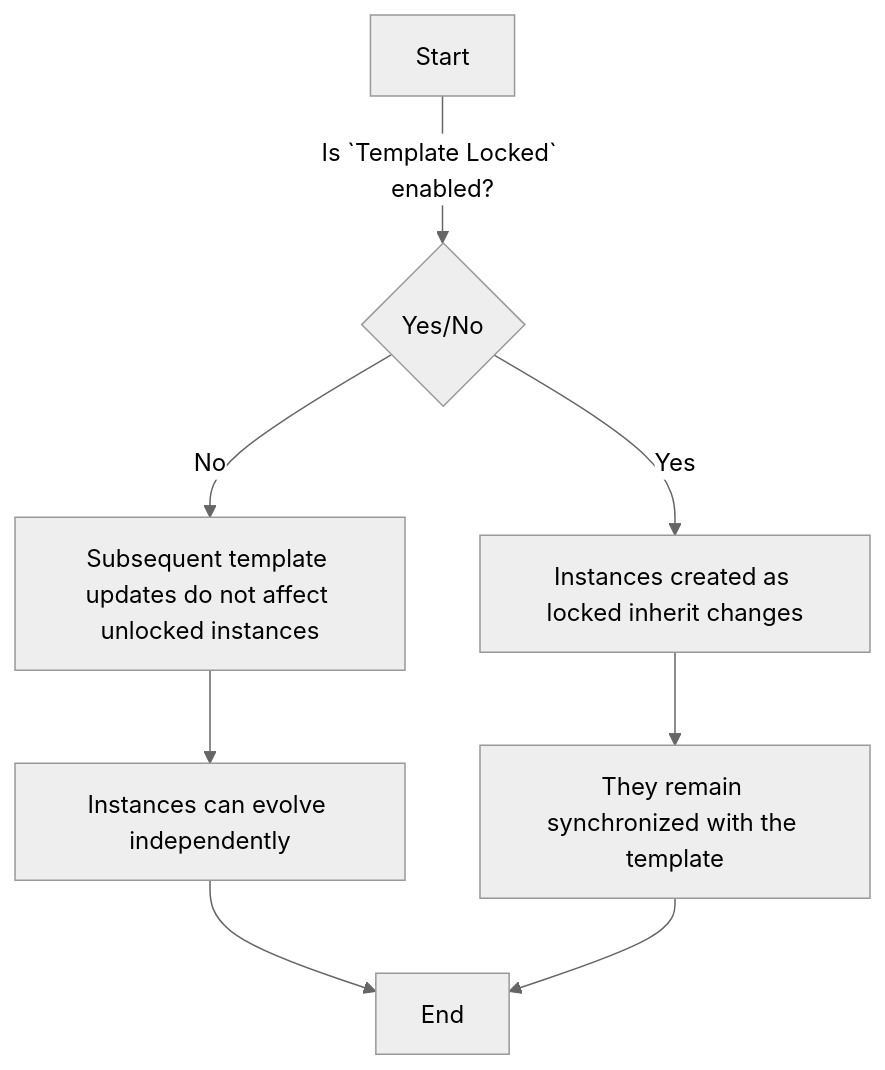
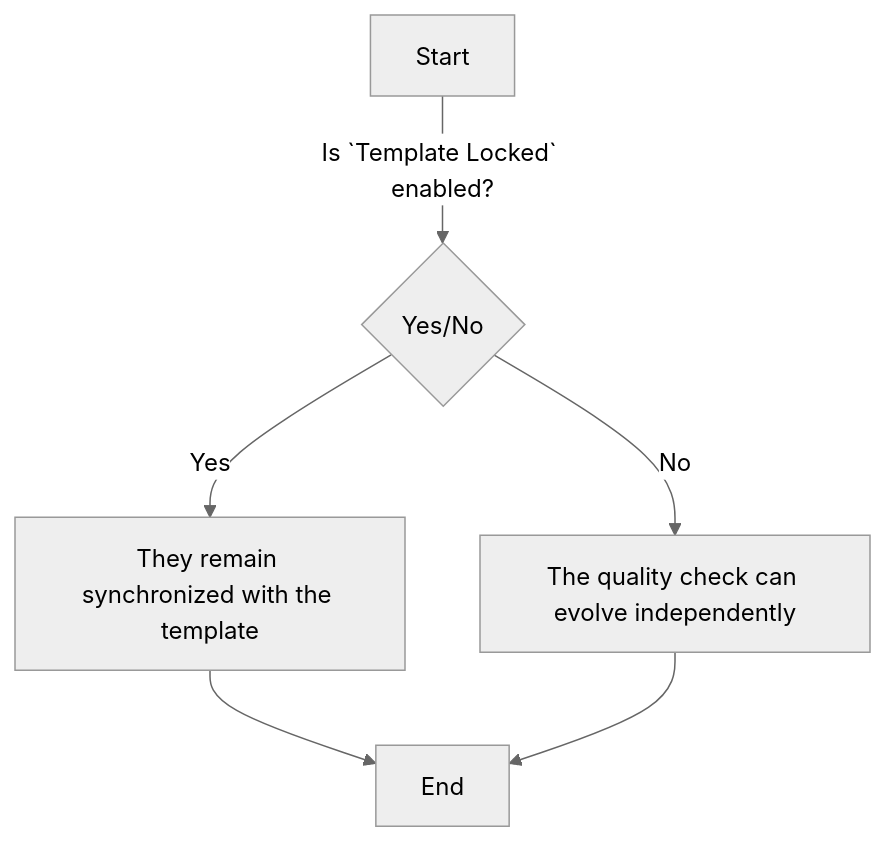
One commit to Qualytics/userguide changed the diagram in docs/checks/checks-template.md. Above: the diagram before and after it, drawn with Mermaid (neutral theme). The commit also changed other lines of this file and 2 other files, not shown here.

````diff
--- a/docs/checks/checks-template.md
+++ b/docs/checks/checks-template.md
@@ -54,10 +61,8 @@
     ``` mermaid
     graph TD
     A[Start] -->|Is `Template Locked` enabled?| B{Yes/No}
-    B -->|No| E[Subsequent template updates do not affect unlocked instances]
-    B -->|Yes| C[Instances created as locked inherit changes]
-    C --> D[They remain synchronized with the template]
-    E --> F[Instances can evolve independently]
-    F --> G[End]
-    D --> G[End]
+    B -->|No| E[The quality check can evolve independently]
+    B -->|Yes| C[They remain synchronized with the template]
+    C --> D[End]
+    E --> D[End]
     ```
````
